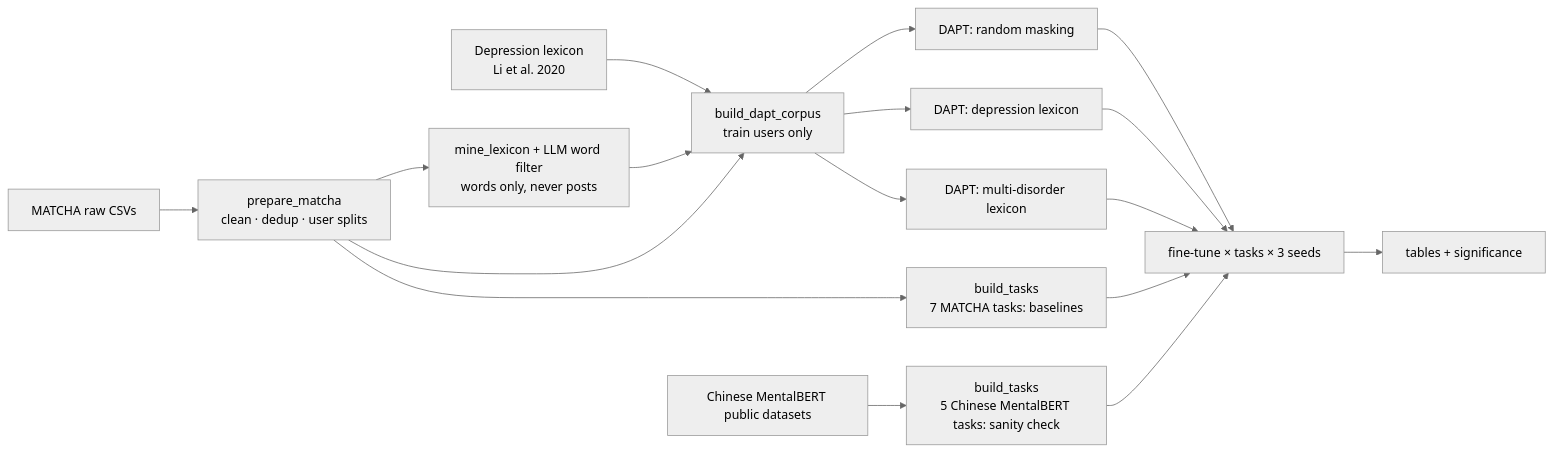
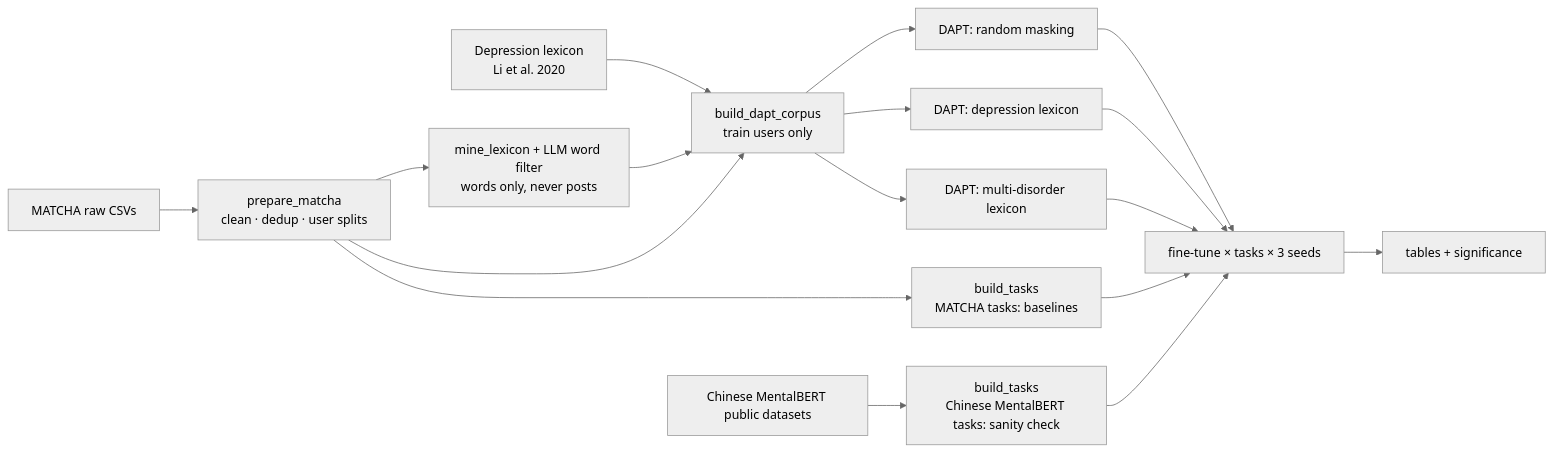
The diagram in README.md (shehryars715/matcha-bench), drawn with Mermaid (neutral theme) before and after one commit. The commit also changed other lines of this file and 6 other files, not shown here.

First line of the commit message:
Run the four core MATCHA tasks and stop EWECT-usual to save GPU time

````diff
--- a/README.md
+++ b/README.md
@@ -43,16 +43,16 @@
 ```mermaid
 flowchart LR
     A[MATCHA raw CSVs] --> B[prepare_matcha<br/>clean · dedup · user splits]
-    B --> C[build_tasks<br/>7 MATCHA tasks: baselines]
-    D[Chinese MentalBERT public datasets] --> C2[build_tasks<br/>5 Chinese MentalBERT tasks: sanity check]
+    B --> C[build_tasks<br/>MATCHA tasks: baselines]
+    D[Chinese MentalBERT public datasets] --> C2[build_tasks<br/>Chinese MentalBERT tasks: sanity check]
     G[Depression lexicon<br/>Li et al. 2020] --> H
     B --> E[mine_lexicon + LLM word filter<br/>words only, never posts]
     E --> H[build_dapt_corpus<br/>train users only]
     B --> H
     H --> I1[DAPT: random masking]
     H --> I2[DAPT: depression lexicon]
     H --> I3[DAPT: multi-disorder lexicon]
     I1 & I2 & I3 --> J[fine-tune × tasks × 3 seeds]
     C & C2 --> J
     J --> K[tables + significance]
 ```
````
